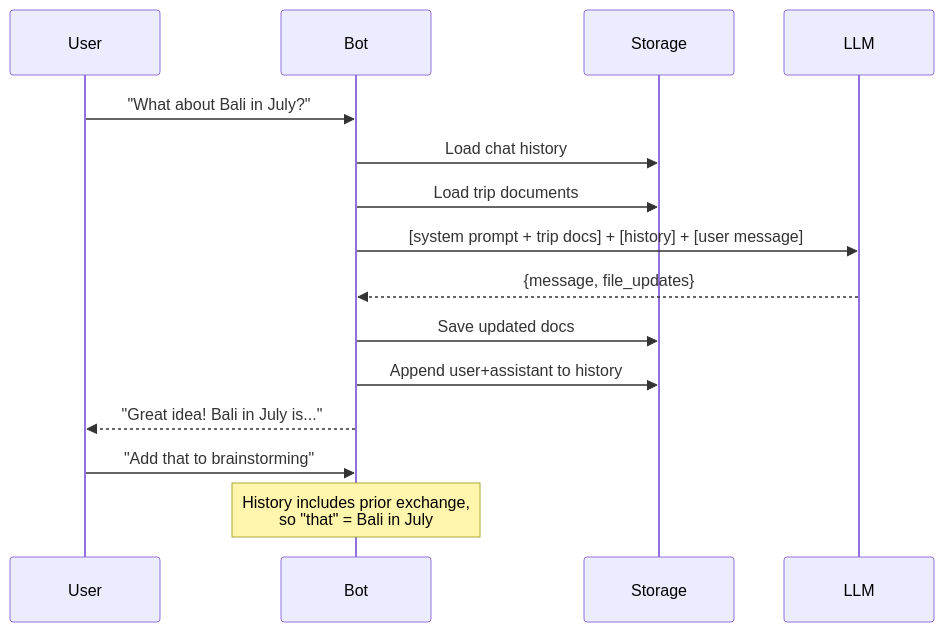
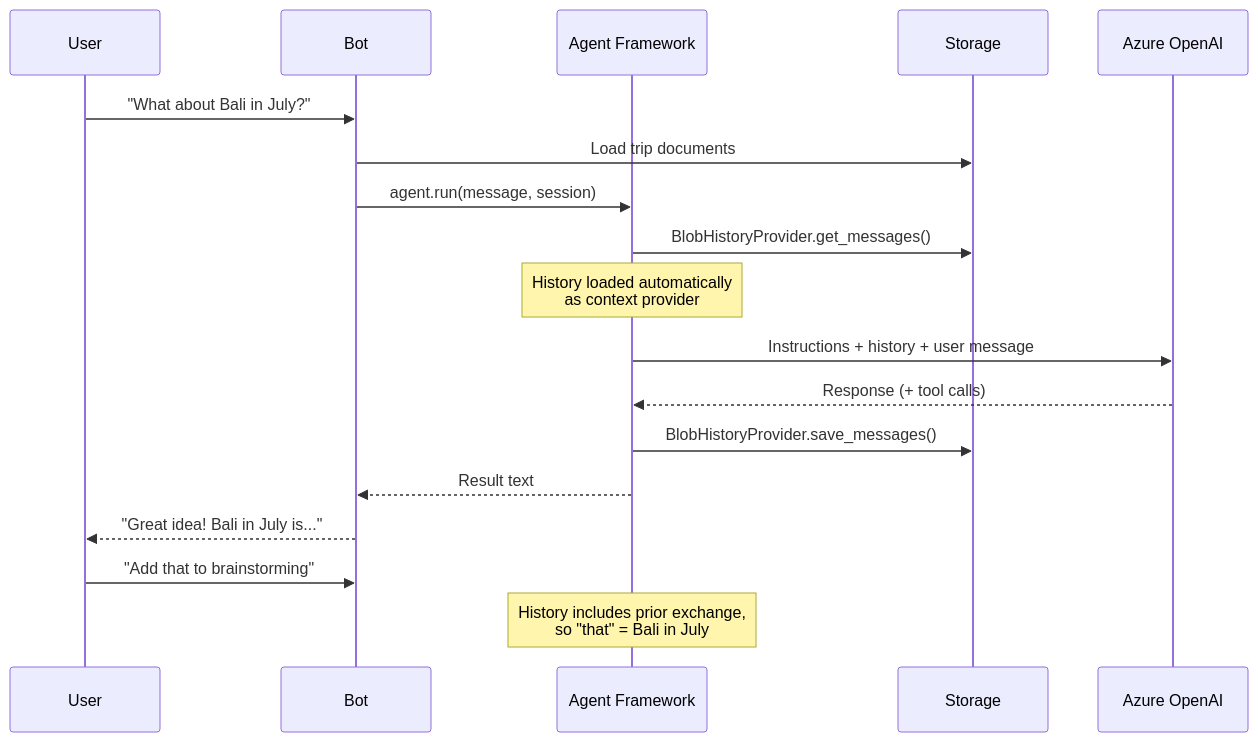
Before and after one commit to marlobello/groupmetravelbot: the fourth of 6 diagrams in docs/architecture.md, drawn with Mermaid. The commit also changed other lines of this file and 2 other files, not shown here.

First line of the commit message:
Update docs for Agent Framework migration

````diff
--- a/docs/architecture.md
+++ b/docs/architecture.md
@@ -154,18 +158,21 @@
 ```mermaid
 sequenceDiagram
     participant User
     participant Bot
+    participant Agent as Agent Framework
     participant Storage
-    participant LLM
+    participant LLM as Azure OpenAI
 
     User->>Bot: "What about Bali in July?"
-    Bot->>Storage: Load chat history
     Bot->>Storage: Load trip documents
-    Bot->>LLM: [system prompt + trip docs] + [history] + [user message]
-    LLM-->>Bot: {message, file_updates}
-    Bot->>Storage: Save updated docs
-    Bot->>Storage: Append user+assistant to history
+    Bot->>Agent: agent.run(message, session)
+    Agent->>Storage: BlobHistoryProvider.get_messages()
+    Note over Agent: History loaded automatically<br/>as context provider
+    Agent->>LLM: Instructions + history + user message
+    LLM-->>Agent: Response (+ tool calls)
+    Agent->>Storage: BlobHistoryProvider.save_messages()
+    Agent-->>Bot: Result text
     Bot-->>User: "Great idea! Bali in July is..."
     User->>Bot: "Add that to brainstorming"
-    Note over Bot: History includes prior exchange,<br/>so "that" = Bali in July
+    Note over Agent: History includes prior exchange,<br/>so "that" = Bali in July
 ```
````
